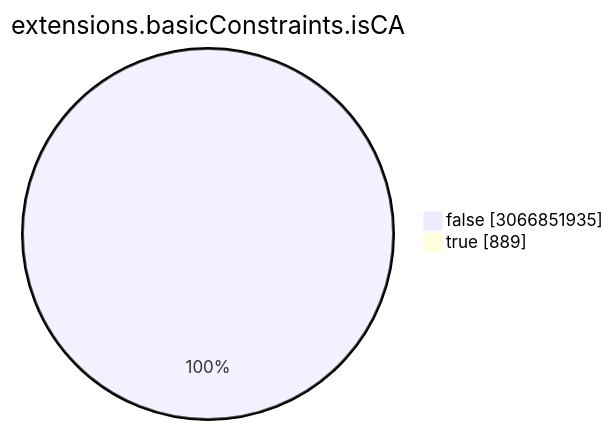
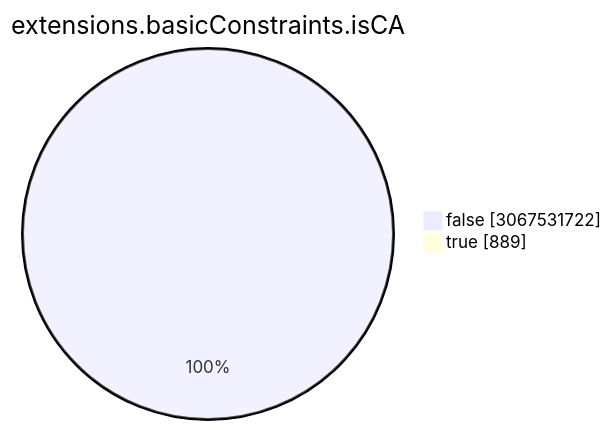
Before and after one commit to christiankrug/ctmonitor_visualization: the seventh of 15 diagrams in TOTAL/README.md, drawn with Mermaid. The commit also changed other lines of this file, not shown here.

````diff
--- a/TOTAL/README.md
+++ b/TOTAL/README.md
@@ -3086,6 +3086,6 @@
 ```mermaid
 pie showData
 title extensions.basicConstraints.isCA
-"false" :3066851935
+"false" :3067531722
 "true" :889
 ```
````
